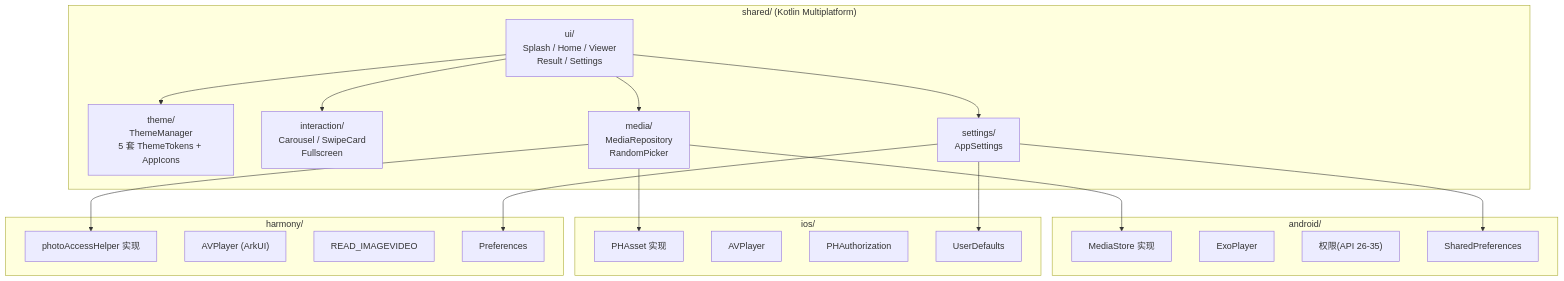
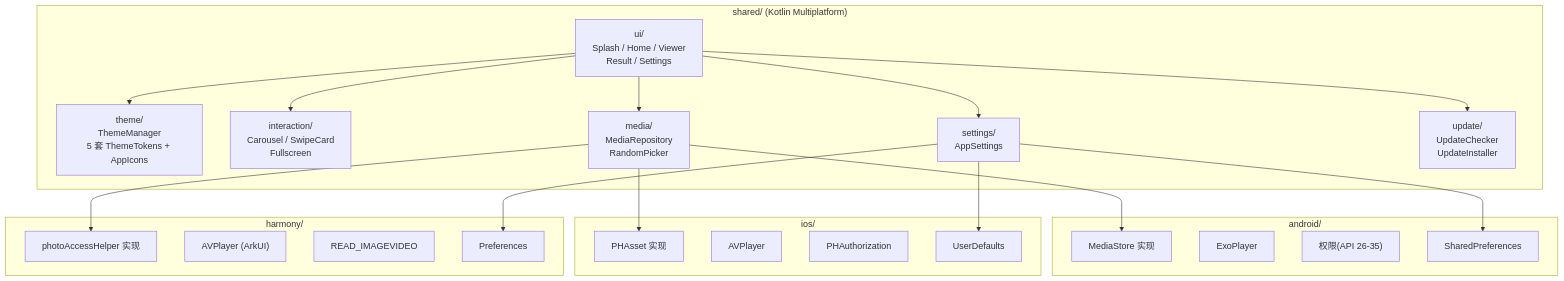
One commit to maj1999/shuashuaya changed the diagram in docs/architecture/overview.md. Above: the diagram before and after it, drawn with Mermaid. The commit also changed other lines of this file and 49 other files, not shown here.

````diff
--- a/docs/architecture/overview.md
+++ b/docs/architecture/overview.md
@@ -17,38 +17,40 @@
 ```mermaid
 graph TB
     subgraph "shared/ (Kotlin Multiplatform)"
         UI["ui/<br/>Splash / Home / Viewer<br/>Result / Settings"]
         Theme["theme/<br/>ThemeManager<br/>5 套 ThemeTokens + AppIcons"]
         Interaction["interaction/<br/>Carousel / SwipeCard<br/>Fullscreen"]
         Media["media/<br/>MediaRepository<br/>RandomPicker"]
         Settings["settings/<br/>AppSettings"]
+        Update["update/<br/>UpdateChecker<br/>UpdateInstaller"]
     end
 
     subgraph "android/"
         A_Media["MediaStore 实现"]
         A_Player["ExoPlayer"]
         A_Perm["权限(API 26-35)"]
         A_Store["SharedPreferences"]
     end
 
     subgraph "ios/"
         I_Media["PHAsset 实现"]
         I_Player["AVPlayer"]
         I_Perm["PHAuthorization"]
         I_Store["UserDefaults"]
     end
 
     subgraph "harmony/"
         H_Media["photoAccessHelper 实现"]
         H_Player["AVPlayer (ArkUI)"]
         H_Perm["READ_IMAGEVIDEO"]
         H_Store["Preferences"]
     end
 
     UI --> Theme
     UI --> Interaction
     UI --> Media
     UI --> Settings
+    UI --> Update
     Media --> A_Media & I_Media & H_Media
     Settings --> A_Store & I_Store & H_Store
 ```
````
